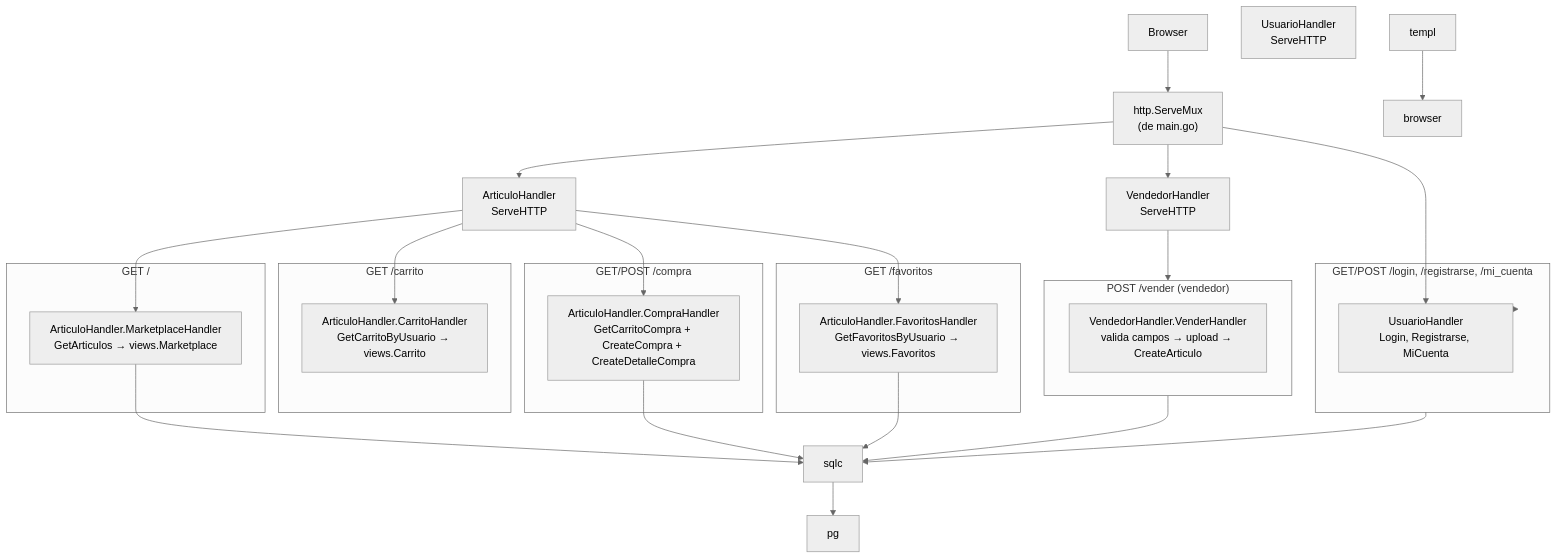
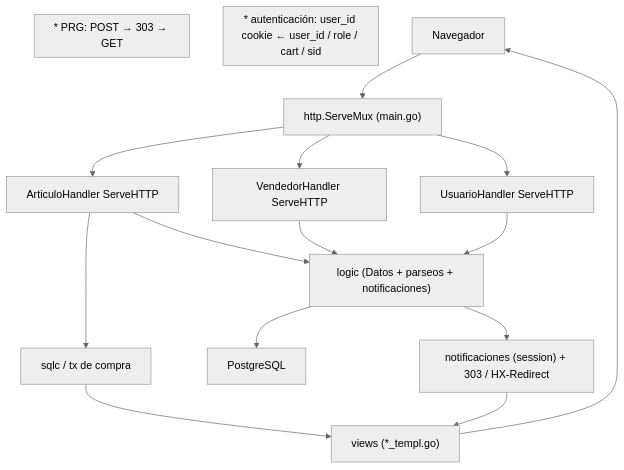
The third of 6 diagrams in docs/arquitectura.md (az-juan/tan-bit), drawn with Mermaid (neutral theme) before and after one commit. The commit also changed other lines of this file and 9 other files, not shown here.

````diff
--- a/docs/arquitectura.md
+++ b/docs/arquitectura.md
@@ -242,46 +574,33 @@
 ```mermaid
 flowchart TB
-  client["Browser"]
-  mux["http.ServeMux\n(de main.go)"]
-  arth["ArticuloHandler\nServeHTTP"]
-  vendh["VendedorHandler\nServeHTTP"]
-  usuh["UsuarioHandler\nServeHTTP"]
+    client["Navegador"]
+    mux["http.ServeMux (main.go)"]
+    arth["ArticuloHandler ServeHTTP"]
+    vendh["VendedorHandler ServeHTTP"]
+    usuh["UsuarioHandler ServeHTTP"]
+    logic["logic (Datos + parseos + notificaciones)"]
+    sqlc["sqlc / tx de compra"]
+    pg["PostgreSQL"]
+    templ["views (*_templ.go)"]
+    notif["notificaciones (session) + 303 / HX-Redirect"]
 
-  subgraph Market["GET /"]
-    mkt["ArticuloHandler.MarketplaceHandler\nGetArticulos → views.Marketplace"]
-  end
-  subgraph Carrito["GET /carrito"]
-    car["ArticuloHandler.CarritoHandler\nGetCarritoByUsuario → views.Carrito"]
-  end
-  subgraph Compra["GET/POST /compra"]
-    comp["ArticuloHandler.CompraHandler\nGetCarritoCompra + CreateCompra + CreateDetalleCompra"]
-  end
-  subgraph Fav["GET /favoritos"]
-    fav["ArticuloHandler.FavoritosHandler\nGetFavoritosByUsuario → views.Favoritos"]
-  end
-  subgraph Vender["POST /vender (vendedor)"]
-    vend["VendedorHandler.VenderHandler\nvalida campos → upload → CreateArticulo"]
-  end
-  subgraph Login["GET/POST /login, /registrarse, /mi_cuenta"]
-    usu["UsuarioHandler\nLogin, Registrarse, MiCuenta"]
-  end
+    client --> mux
+    mux --> arth
+    mux --> vendh
+    mux --> usuh
 
-  client --> mux
-  mux --> arth
-  mux --> vendh
-  mux --> usu
-  arth --> mkt
-  arth --> car
-  arth --> comp
-  arth --> fav
-  vendh --> Vender
-  usu --> Login
+    arth --> logic
+    arth --> sqlc
+    vendh --> logic
+    usuh --> logic
+    logic --> pg
+    logic --> notif
+    sqlc --> templ
+    notif --> templ
+    templ --> client
 
-  mkt --> sqlc
-  comp --> sqlc
-  fav --> sqlc
-  Vender --> sqlc
-  Login --> sqlc
-  sqlc --> pg
-  templ --> browser
+    subgraph Auth["* autenticación: user_id cookie ← user_id / role / cart / sid"]
+    end
+    subgraph PRG["* PRG: POST → 303 → GET"]
+    end
 ```
````
